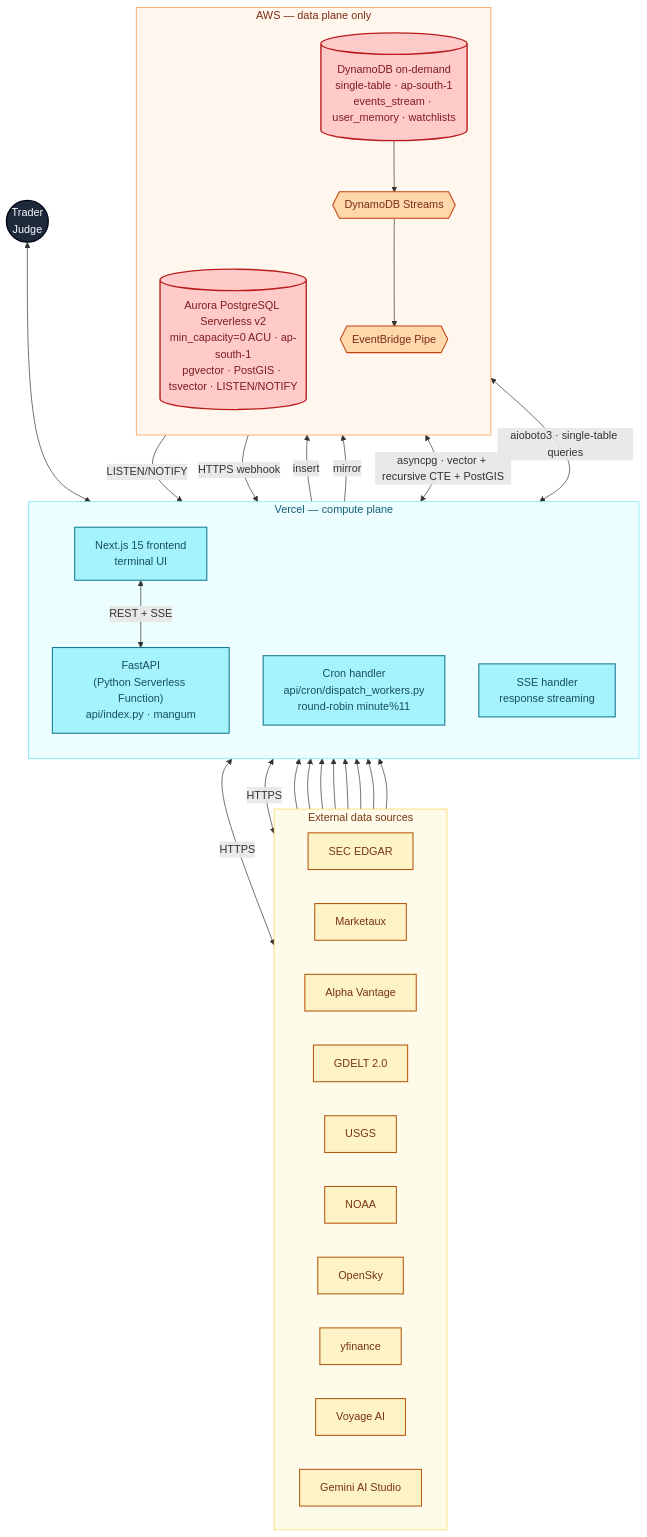
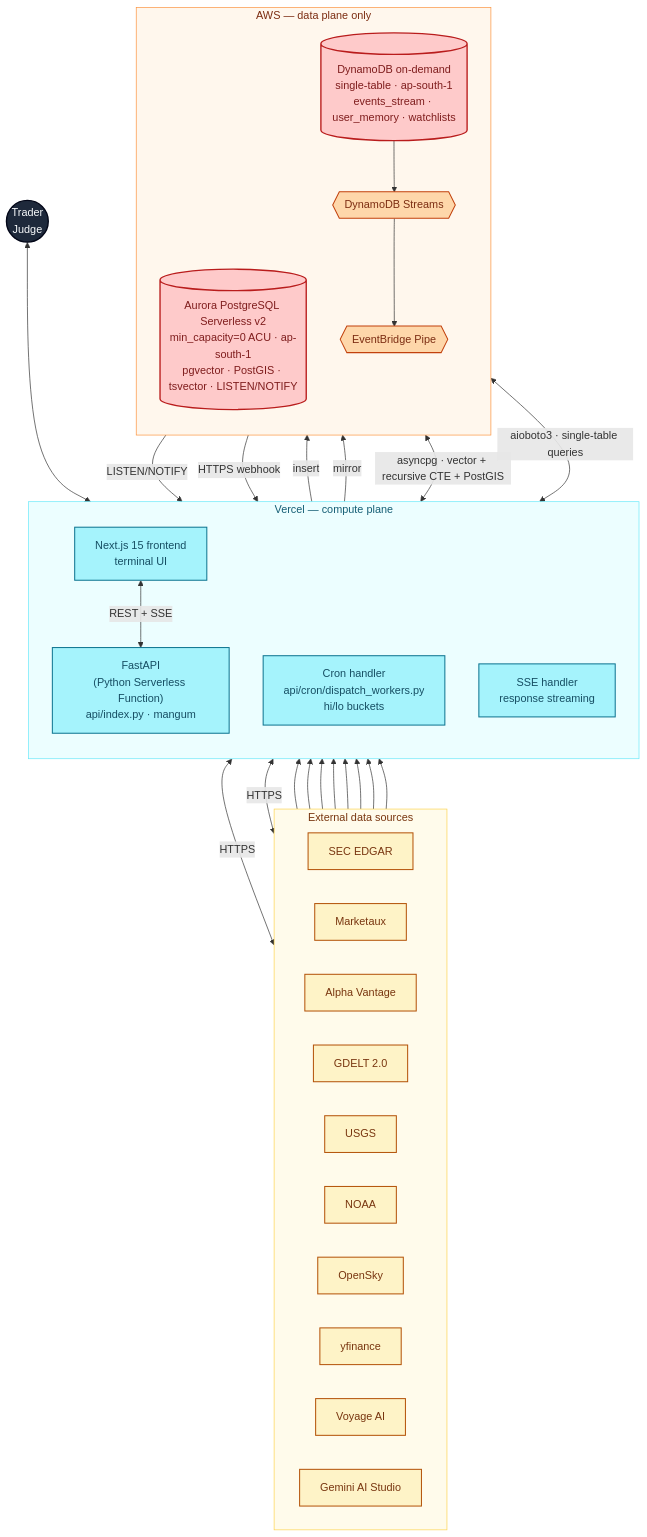
One commit to rajkamal2819/cascade-app changed the diagram in README.md. Above: the diagram before and after it, drawn with Mermaid. The commit also changed other lines of this file and 3 other files, not shown here.

````diff
--- a/README.md
+++ b/README.md
@@ -62,75 +151,75 @@
 ```mermaid
 flowchart TB
     subgraph SRC["External data sources"]
         direction LR
         S1[SEC EDGAR]
         S2[Marketaux]
         S3[Alpha Vantage]
         S4[GDELT 2.0]
         S5[USGS]
         S6[NOAA]
         S7[OpenSky]
         S8[yfinance]
         S9[Voyage AI]
         S10[Gemini AI Studio]
     end
 
     subgraph VERCEL["Vercel — compute plane"]
         direction TB
         FE[Next.js 15 frontend<br/>terminal UI]
         API["FastAPI<br/>(Python Serverless Function)<br/>api/index.py · mangum"]
-        CRON["Cron handler<br/>api/cron/dispatch_workers.py<br/>round-robin minute%11"]
+        CRON["Cron handler<br/>api/cron/dispatch_workers.py<br/>hi/lo buckets"]
         SSE["SSE handler<br/>response streaming"]
     end
 
     subgraph AWS["AWS — data plane only"]
         direction TB
         AUR[("Aurora PostgreSQL Serverless v2<br/>min_capacity=0 ACU · ap-south-1<br/>pgvector · PostGIS · tsvector · LISTEN/NOTIFY")]
         DDB[("DynamoDB on-demand<br/>single-table · ap-south-1<br/>events_stream · user_memory · watchlists")]
         DDBS{{DynamoDB Streams}}
         PIPE{{EventBridge Pipe}}
         DDB --> DDBS
         DDBS --> PIPE
     end
 
     USER(("Trader<br/>Judge"))
 
     S1 --> CRON
     S2 --> CRON
     S3 --> CRON
     S4 --> CRON
     S5 --> CRON
     S6 --> CRON
     S7 --> CRON
     S8 --> CRON
 
     CRON -->|insert| AUR
     CRON -->|mirror| DDB
 
     API <-->|asyncpg · vector + recursive CTE + PostGIS| AUR
     API <-->|aioboto3 · single-table queries| DDB
     AUR -->|LISTEN/NOTIFY| SSE
     PIPE -->|HTTPS webhook| SSE
 
     API <-->|HTTPS| S9
     API <-->|HTTPS| S10
 
     FE <-->|REST + SSE| API
     USER <--> FE
 
     classDef src     fill:#FEF3C7,stroke:#B45309,stroke-width:1.5px,color:#78350F;
     classDef vercel  fill:#A5F3FC,stroke:#0E7490,stroke-width:1.5px,color:#164E63;
     classDef aws     fill:#FED7AA,stroke:#C2410C,stroke-width:1.5px,color:#7C2D12;
     classDef awsdb   fill:#FECACA,stroke:#B91C1C,stroke-width:2px,color:#7F1D1D;
     classDef user    fill:#1E293B,stroke:#020617,stroke-width:2px,color:#F8FAFC;
 
     class S1,S2,S3,S4,S5,S6,S7,S8,S9,S10 src;
     class FE,API,CRON,SSE vercel;
     class DDBS,PIPE aws;
     class AUR,DDB awsdb;
     class USER user;
 
     style SRC     fill:#FFFBEB,stroke:#FCD34D,stroke-width:1px,color:#78350F
     style VERCEL  fill:#ECFEFF,stroke:#67E8F9,stroke-width:1px,color:#155E75
     style AWS     fill:#FFF7ED,stroke:#FB923C,stroke-width:1px,color:#7C2D12
 ```
````
